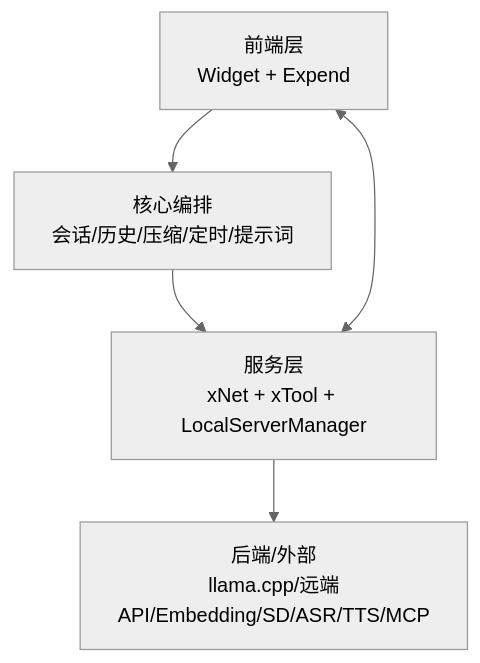
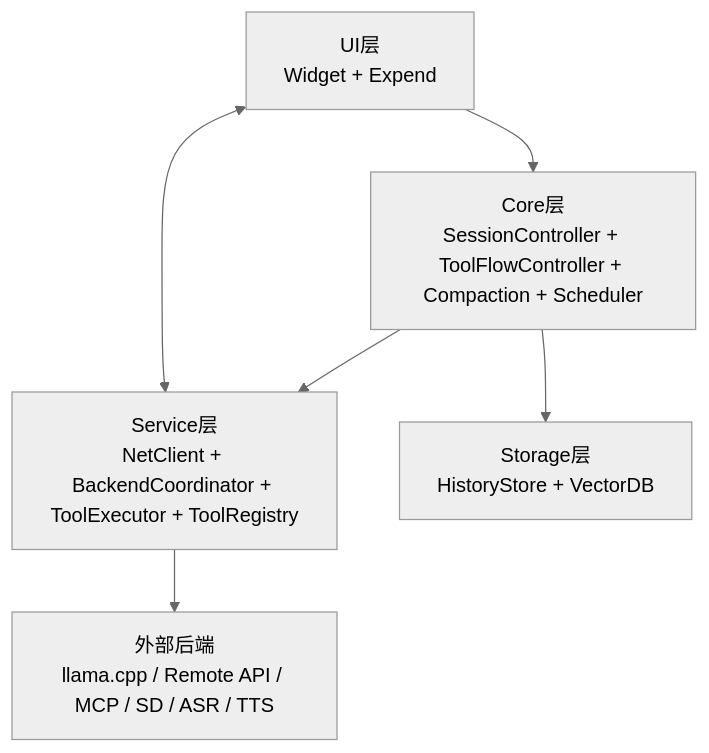
Before and after one commit to ylsdamxssjxxdd/eva: the first of 7 diagrams in docs/机体架构设计.md, drawn with Mermaid (neutral theme). The commit also changed other lines of this file and 6 other files, not shown here.

````diff
--- a/docs/机体架构设计.md
+++ b/docs/机体架构设计.md
@@ -12,10 +14,12 @@
 ```mermaid
 flowchart TB
-  UI[前端层\nWidget + Expend]
-  CORE[核心编排\n会话/历史/压缩/定时/提示词]
-  SERVICE[服务层\nxNet + xTool + LocalServerManager]
-  BACKEND[后端/外部\nllama.cpp/远端API/Embedding/SD/ASR/TTS/MCP]
+  UI[UI层\nWidget + Expend]
+  CORE[Core层\nSessionController + ToolFlowController + Compaction + Scheduler]
+  SERVICE[Service层\nNetClient + BackendCoordinator + ToolExecutor + ToolRegistry]
+  STORAGE[Storage层\nHistoryStore + VectorDB]
+  BACKEND[外部后端\nllama.cpp / Remote API / MCP / SD / ASR / TTS]
 
   UI --> CORE --> SERVICE --> BACKEND
+  CORE --> STORAGE
   UI <--> SERVICE
 ```
````
